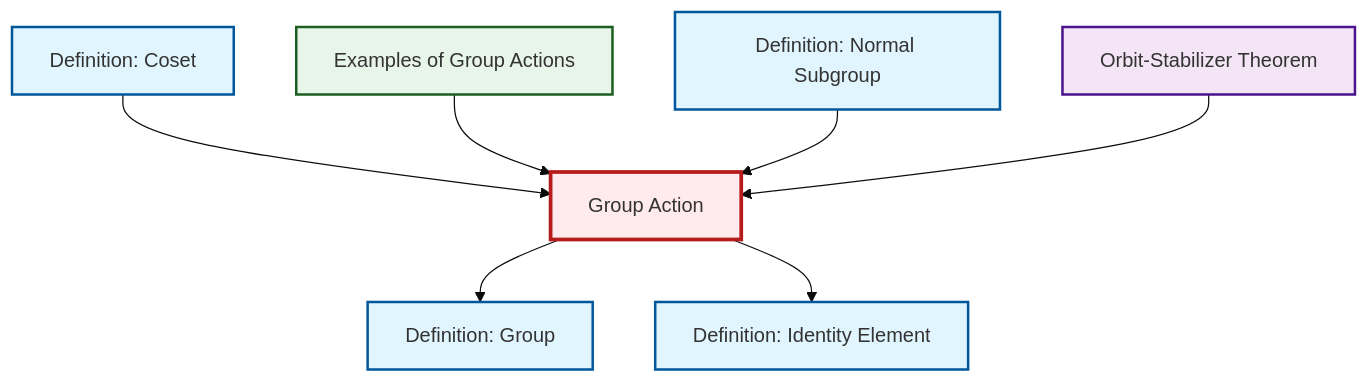
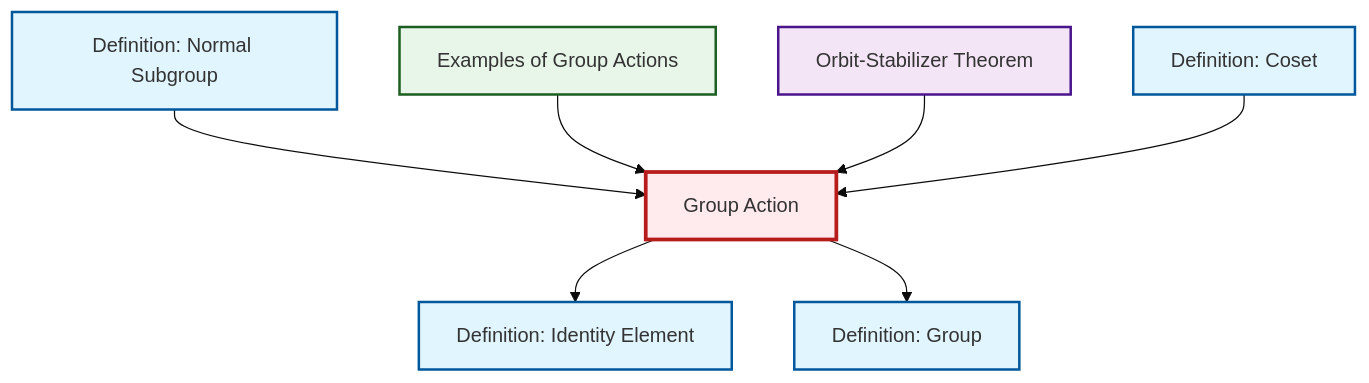
One commit to RK0429/ModernMath changed the diagram in content/en/algebra/def-group-action.qmd. Above: the diagram before and after it, drawn with Mermaid (base theme). The commit also changed other lines of this file and 491 other files, not shown here.

````diff
--- a/content/en/algebra/def-group-action.qmd
+++ b/content/en/algebra/def-group-action.qmd
@@ -60,29 +60,29 @@
 ```{mermaid}
 %%| fig-cap: "Local dependency graph"
 graph TD
     classDef definition fill:#e1f5fe,stroke:#01579b,stroke-width:2px
     classDef theorem fill:#f3e5f5,stroke:#4a148c,stroke-width:2px
     classDef axiom fill:#fff3e0,stroke:#e65100,stroke-width:2px
     classDef example fill:#e8f5e9,stroke:#1b5e20,stroke-width:2px
     classDef current fill:#ffebee,stroke:#b71c1c,stroke-width:3px
+    ex-group-action-examples["Examples of Group Actions"]:::example
+    def-normal-subgroup["Definition: Normal Subgroup"]:::definition
+    def-coset["Definition: Coset"]:::definition
+    def-group["Definition: Group"]:::definition
+    thm-orbit-stabilizer["Orbit-Stabilizer Theorem"]:::theorem
     def-group-action["Group Action"]:::definition
-    ex-group-action-examples["Examples of Group Actions"]:::example
-    def-group["Definition: Group"]:::definition
     def-identity-element["Definition: Identity Element"]:::definition
-    thm-orbit-stabilizer["Orbit-Stabilizer Theorem"]:::theorem
-    def-coset["Definition: Coset"]:::definition
-    def-normal-subgroup["Definition: Normal Subgroup"]:::definition
+    def-group-action --> def-identity-element
+    def-group-action --> def-group
+    def-normal-subgroup --> def-group-action
+    ex-group-action-examples --> def-group-action
+    thm-orbit-stabilizer --> def-group-action
     def-coset --> def-group-action
-    def-group-action --> def-group
-    ex-group-action-examples --> def-group-action
-    def-group-action --> def-identity-element
-    def-normal-subgroup --> def-group-action
-    thm-orbit-stabilizer --> def-group-action
     class def-group-action current
     click ex-group-action-examples "ex-group-action-examples.html" "Go to Examples of Group Actions"
+    click def-normal-subgroup "def-normal-subgroup.html" "Go to Normal Subgroup definition"
+    click def-coset "def-coset.html" "Go to Coset definition"
     click def-group "def-group.html" "Go to Group definition"
+    click thm-orbit-stabilizer "thm-orbit-stabilizer.html" "Go to Orbit-Stabilizer Theorem"
     click def-identity-element "def-identity-element.html" "Go to Identity Element definition"
-    click thm-orbit-stabilizer "thm-orbit-stabilizer.html" "Go to Orbit-Stabilizer Theorem"
-    click def-coset "def-coset.html" "Go to Coset definition"
-    click def-normal-subgroup "def-normal-subgroup.html" "Go to Normal Subgroup definition"
 ```
````
